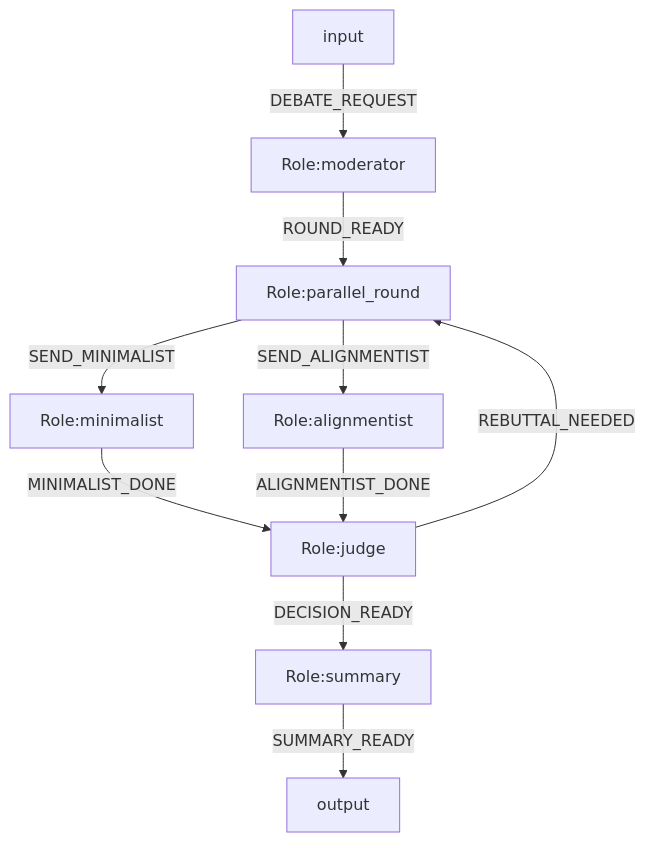
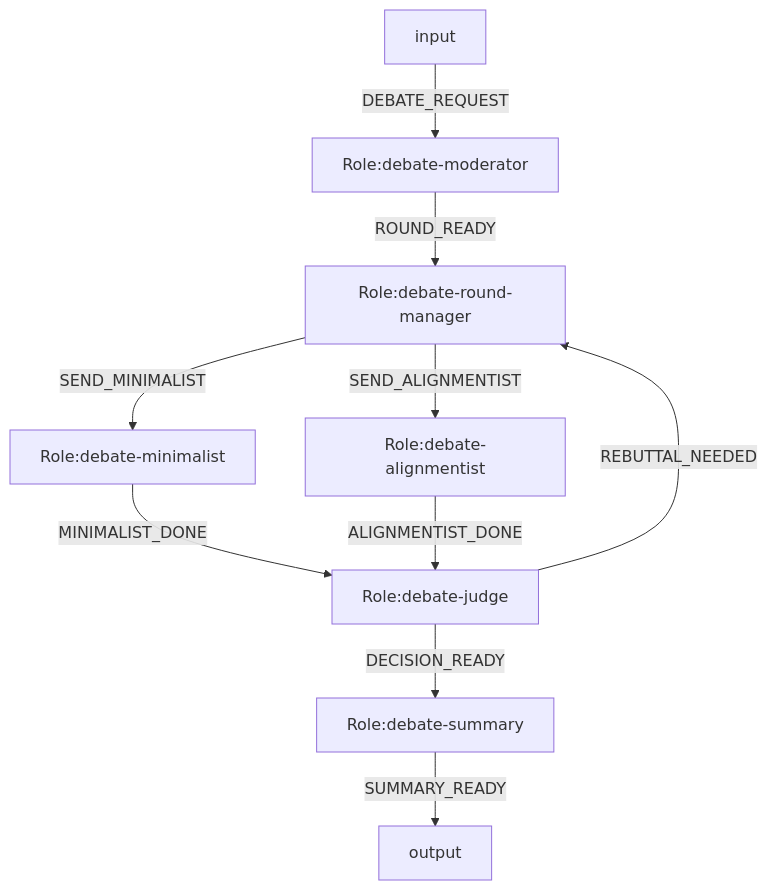
The diagram in examples/langgraph-debate-current/system.mmd (Fredericzhou/ogsystem), drawn with Mermaid before and after one commit. The commit also changed 78 other files, not shown here.

```diff
--- a/examples/langgraph-debate-current/system.mmd
+++ b/examples/langgraph-debate-current/system.mmd
@@ -1,29 +1,29 @@
 flowchart TD
 %% engine=langgraph
 %% system.id=architecture.debate.current
 %% system.version=1.0.0
 %% law.global=law.debate.base
-%% entry.role=moderator
-%% role.mode.parallel_round=parallel_split
-%% join.mode.judge=all_of
-%% join.sources.judge=minimalist,alignmentist
-%% loop.max.parallel_round=2
-%% exec.bind.moderator=profile.moderator.codex
-%% exec.bind.parallel_round=profile.round.codex
-%% exec.bind.minimalist=profile.minimalist.claude
-%% exec.bind.alignmentist=profile.alignmentist.gemini
-%% exec.bind.judge=profile.judge.codex
-%% exec.bind.summary=profile.summary.codex
+%% entry.role=debate-moderator
+%% role.mode.debate-round-manager=parallel_split
+%% join.mode.debate-judge=all_of
+%% join.sources.debate-judge=debate-minimalist,debate-alignmentist
+%% loop.max.debate-round-manager=2
+%% exec.bind.debate-moderator=profile.moderator.codex
+%% exec.bind.debate-round-manager=profile.round.codex
+%% exec.bind.debate-minimalist=profile.minimalist.claude
+%% exec.bind.debate-alignmentist=profile.alignmentist.gemini
+%% exec.bind.debate-judge=profile.judge.codex
+%% exec.bind.debate-summary=profile.summary.codex
 
-input -->|DEBATE_REQUEST| moderator[Role:moderator]
-moderator[Role:moderator] -->|ROUND_READY| parallel_round[Role:parallel_round]
+input -->|DEBATE_REQUEST| moderator[Role:debate-moderator]
+moderator[Role:debate-moderator] -->|ROUND_READY| parallel_round[Role:debate-round-manager]
 
-parallel_round[Role:parallel_round] -->|SEND_MINIMALIST| minimalist[Role:minimalist]
-parallel_round[Role:parallel_round] -->|SEND_ALIGNMENTIST| alignmentist[Role:alignmentist]
+parallel_round[Role:debate-round-manager] -->|SEND_MINIMALIST| minimalist[Role:debate-minimalist]
+parallel_round[Role:debate-round-manager] -->|SEND_ALIGNMENTIST| alignmentist[Role:debate-alignmentist]
 
-minimalist[Role:minimalist] -->|MINIMALIST_DONE| judge[Role:judge]
-alignmentist[Role:alignmentist] -->|ALIGNMENTIST_DONE| judge[Role:judge]
+minimalist[Role:debate-minimalist] -->|MINIMALIST_DONE| judge[Role:debate-judge]
+alignmentist[Role:debate-alignmentist] -->|ALIGNMENTIST_DONE| judge[Role:debate-judge]
 
-judge[Role:judge] -->|REBUTTAL_NEEDED| parallel_round[Role:parallel_round]
-judge[Role:judge] -->|DECISION_READY| summary[Role:summary]
-summary[Role:summary] -->|SUMMARY_READY| output
+judge[Role:debate-judge] -->|REBUTTAL_NEEDED| parallel_round[Role:debate-round-manager]
+judge[Role:debate-judge] -->|DECISION_READY| summary[Role:debate-summary]
+summary[Role:debate-summary] -->|SUMMARY_READY| output
```
